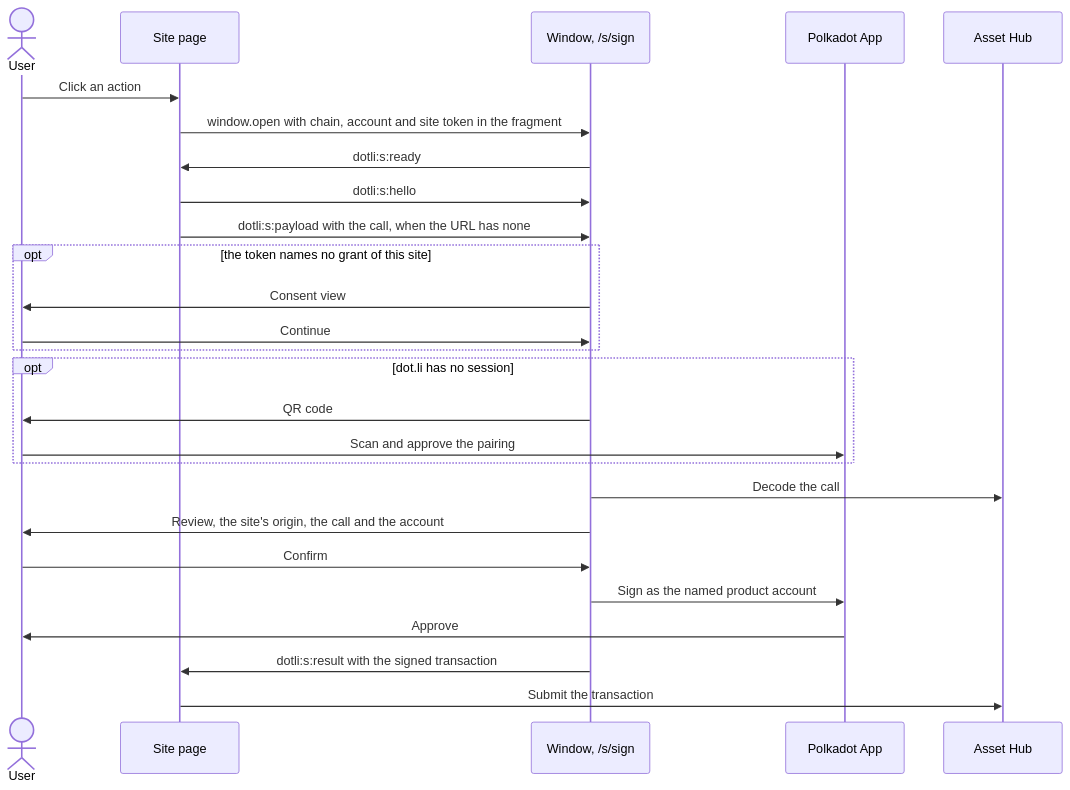
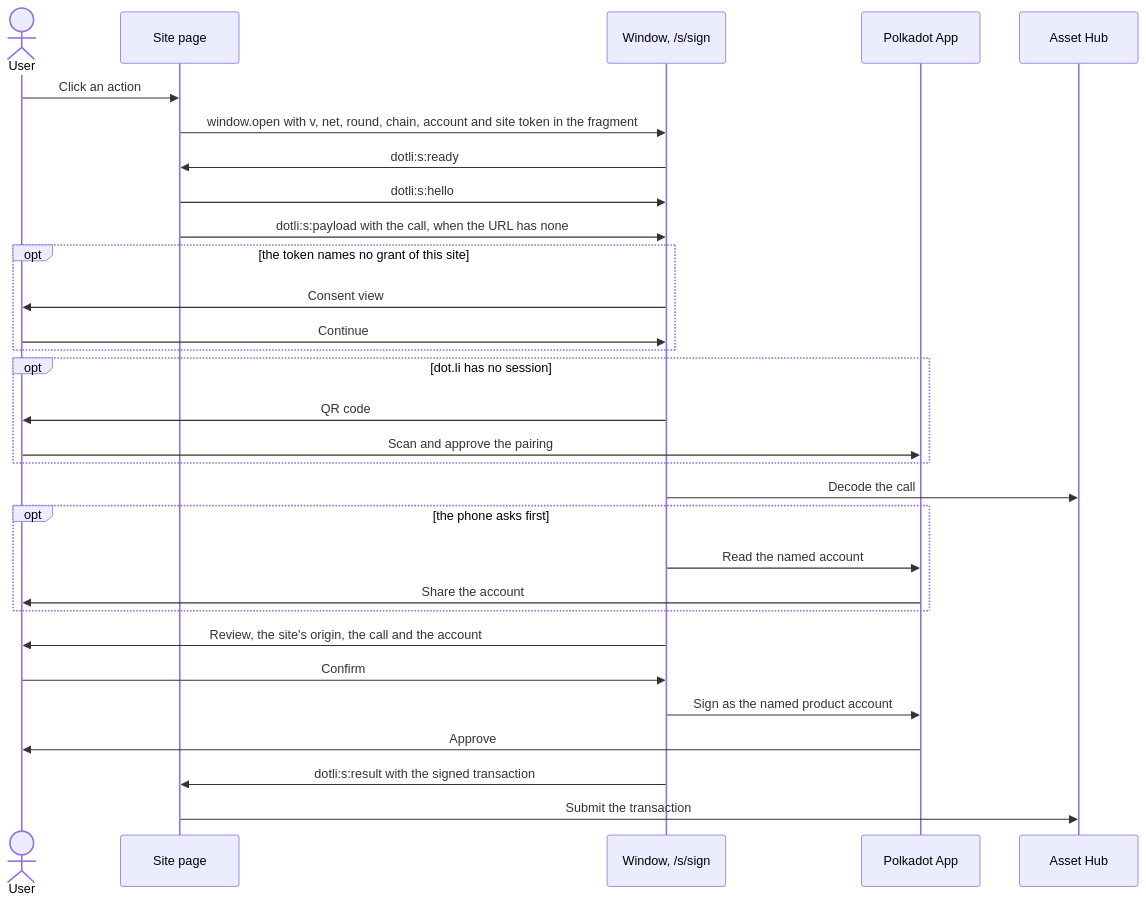
The second of 3 diagrams in docs/sign-in-with-polkadot.md (paritytech/dotli-community), drawn with Mermaid before and after one commit. The commit also changed other lines of this file, not shown here.

Commit message:
docs: correct the sign-in spec's pairing order, check order and phone approvals

````diff
--- a/docs/sign-in-with-polkadot.md
+++ b/docs/sign-in-with-polkadot.md
@@ -580,28 +582,32 @@
 ```mermaid
 sequenceDiagram
   actor U as User
   participant S as Site page
   participant W as Window, /s/sign
   participant P as Polkadot App
   participant A as Asset Hub
   U->>S: Click an action
-  S->>W: window.open with chain, account and site token in the fragment
+  S->>W: window.open with v, net, round, chain, account and site token in the fragment
   W->>S: dotli:s:ready
   S->>W: dotli:s:hello
   S->>W: dotli:s:payload with the call, when the URL has none
   opt the token names no grant of this site
     W->>U: Consent view
     U->>W: Continue
   end
   opt dot.li has no session
     W->>U: QR code
     U->>P: Scan and approve the pairing
   end
   W->>A: Decode the call
+  opt the phone asks first
+    W->>P: Read the named account
+    P->>U: Share the account
+  end
   W->>U: Review, the site's origin, the call and the account
   U->>W: Confirm
   W->>P: Sign as the named product account
   P->>U: Approve
   W->>S: dotli:s:result with the signed transaction
   S->>A: Submit the transaction
 ```
````
